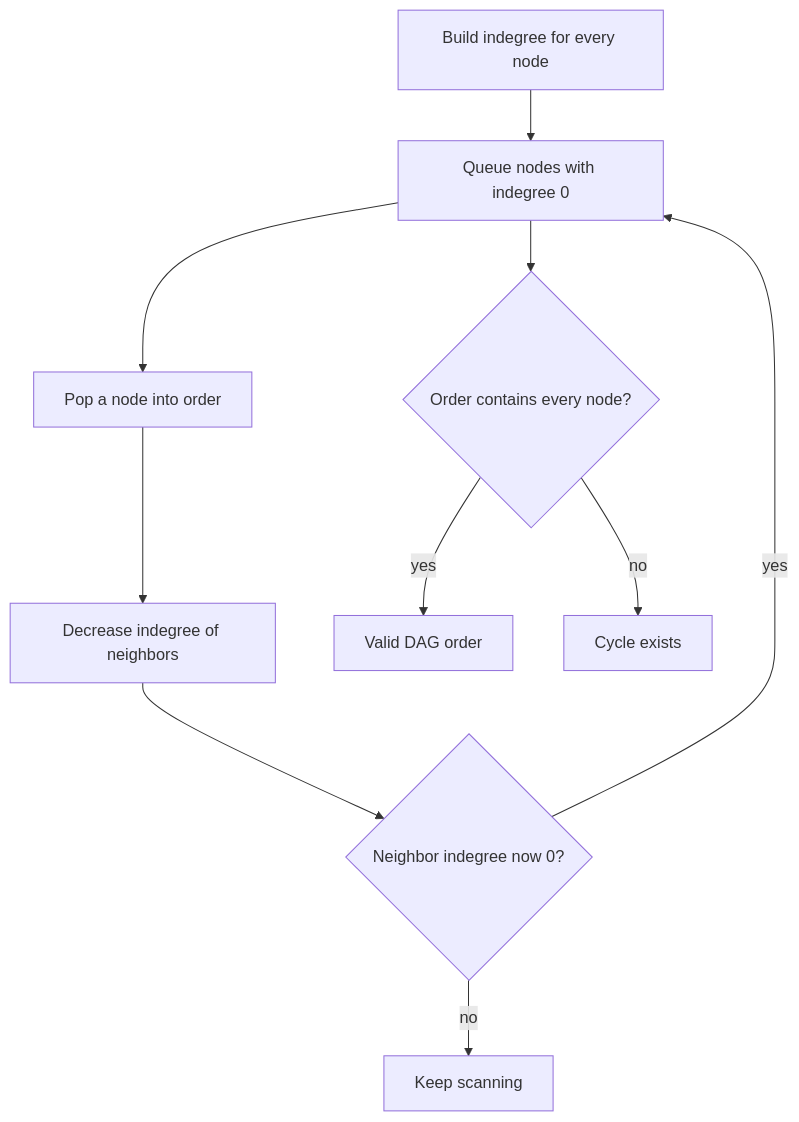
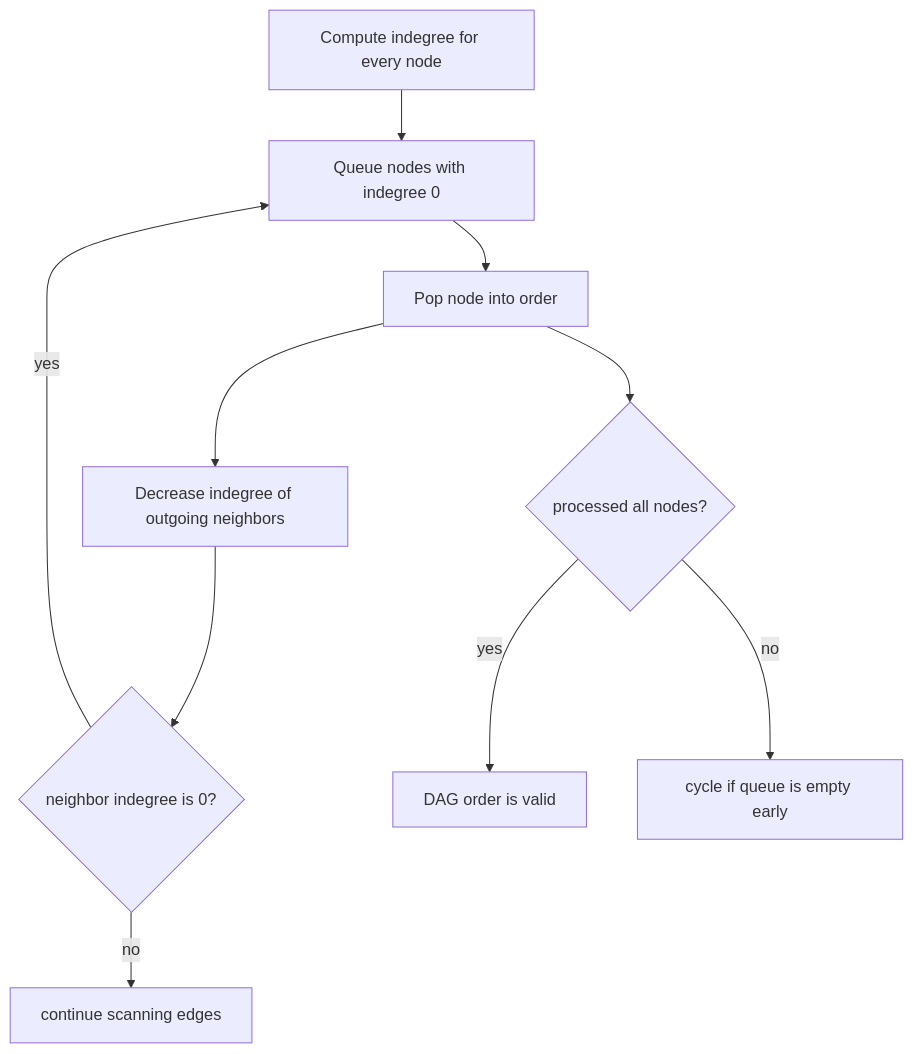
Before and after one commit to Icon1cc/Data-Structures-and-Algorithms: the fourth of 4 diagrams in graphs/README.md, drawn with Mermaid. The commit also changed other lines of this file and 114 other files, not shown here.

````diff
--- a/graphs/README.md
+++ b/graphs/README.md
@@ -92,12 +109,12 @@
 ```mermaid
 flowchart TD
-    A[Build indegree for every node] --> B[Queue nodes with indegree 0]
-    B --> C[Pop a node into order]
-    C --> D[Decrease indegree of neighbors]
-    D --> E{Neighbor indegree now 0?}
+    A[Compute indegree for every node] --> B[Queue nodes with indegree 0]
+    B --> C[Pop node into order]
+    C --> D[Decrease indegree of outgoing neighbors]
+    D --> E{neighbor indegree is 0?}
     E -->|yes| B
-    E -->|no| F[Keep scanning]
-    B --> G{Order contains every node?}
-    G -->|yes| H[Valid DAG order]
-    G -->|no| I[Cycle exists]
+    E -->|no| F[continue scanning edges]
+    C --> G{processed all nodes?}
+    G -->|yes| H[DAG order is valid]
+    G -->|no| I[cycle if queue is empty early]
 ```
````
